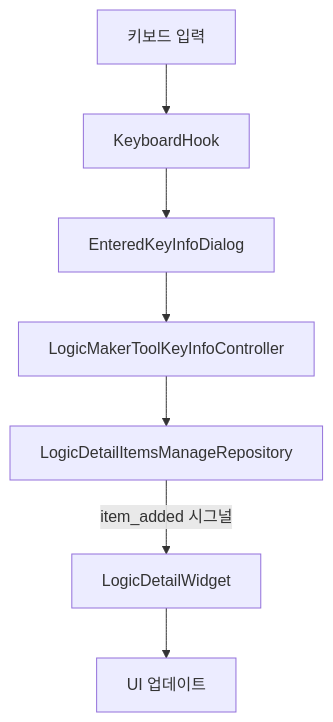
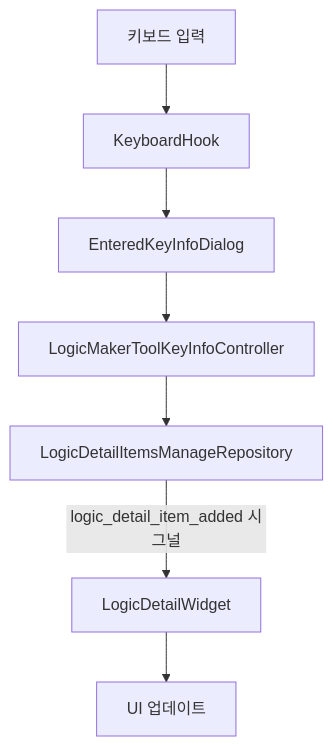
Before and after one commit to ayc0735work/ddoky: the diagram in BE/Doc/Key_Info_Input.md, drawn with Mermaid. The commit also changed other lines of this file and 1 other file, not shown here.

Commit message:
logic_detail_item_added 수정

````diff
--- a/BE/Doc/Key_Info_Input.md
+++ b/BE/Doc/Key_Info_Input.md
@@ -165,9 +165,9 @@
 ```mermaid
 graph TD
     A[키보드 입력] --> B[KeyboardHook]
     B --> C[EnteredKeyInfoDialog]
     C --> D[LogicMakerToolKeyInfoController]
     D --> E[LogicDetailItemsManageRepository]
-    E -- item_added 시그널 --> F[LogicDetailWidget]
+    E -- logic_detail_item_added 시그널 --> F[LogicDetailWidget]
     F --> G[UI 업데이트]
 ```
````
